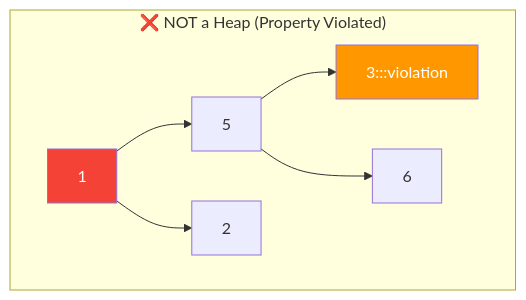
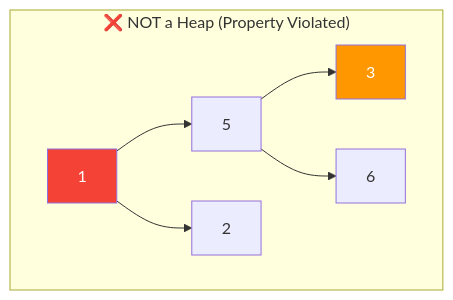
The fifth of 23 diagrams in 06-heaps-and-priority-queues/README.md (DinoQuinten/DSA-typescript), drawn with Mermaid before and after one commit. The commit also changed 8 other files, not shown here.

````diff
--- a/06-heaps-and-priority-queues/README.md
+++ b/06-heaps-and-priority-queues/README.md
@@ -99,12 +99,12 @@
 ```mermaid
 graph TD
     subgraph "❌ NOT a Heap (Property Violated)"
         A3["1"] --> B3["5"]
         A3 --> C3["2"]
-        B3 --> D3["3:::violation"]
+        B3 --> D3["3"]
         B3 --> E3["6"]
     end
 
     style A3 fill:#f44336,color:#fff
     style D3 fill:#ff9800,color:#fff
 ```
````
